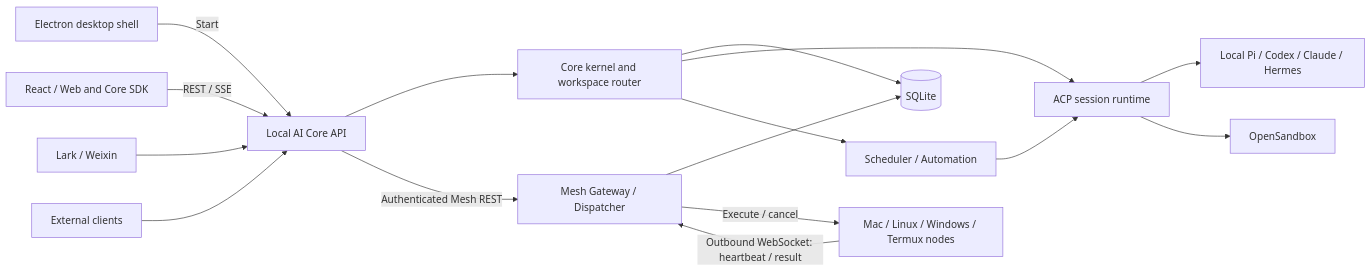
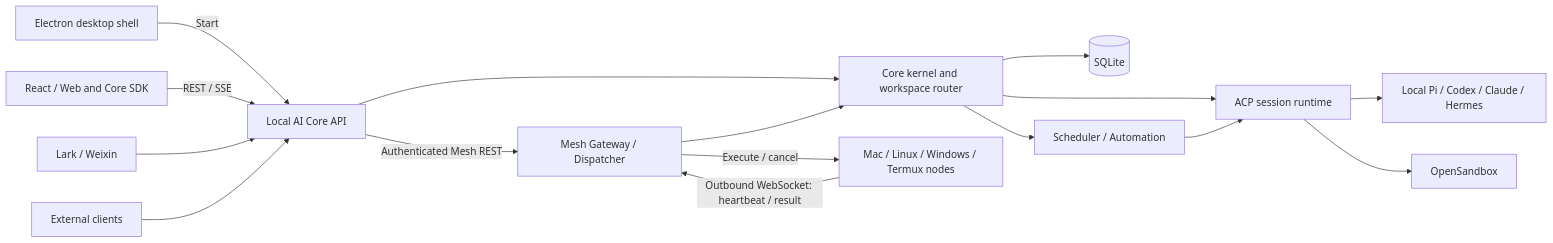
One commit to helloimcx/agentdock changed the diagram in README.md. Above: the diagram before and after it, drawn with Mermaid. The commit also changed other lines of this file and 10 other files, not shown here.

Commit message:
Fix mesh WebSocket upgrade routing and validate Archify diagram

````diff
--- a/README.md
+++ b/README.md
@@ -19,18 +19,18 @@
 ```mermaid
 flowchart LR
   electron[Electron desktop shell] -->|Start| api[Local AI Core API]
   renderer[React / Web and Core SDK] -->|REST / SSE| api
   channels[Lark / Weixin] --> api
   external[External clients] --> api
   api --> kernel[Core kernel and workspace router]
   kernel --> sqlite[(SQLite)]
   kernel --> acp[ACP session runtime]
   kernel --> scheduler[Scheduler / Automation]
   scheduler --> acp
   acp --> agents[Local Pi / Codex / Claude / Hermes]
   acp --> sandbox[OpenSandbox]
   api -->|Authenticated Mesh REST| mesh[Mesh Gateway / Dispatcher]
-  mesh --> sqlite
+  mesh --> kernel
   nodes[Mac / Linux / Windows / Termux nodes] -->|Outbound WebSocket: heartbeat / result| mesh
   mesh -->|Execute / cancel| nodes
 ```
````
